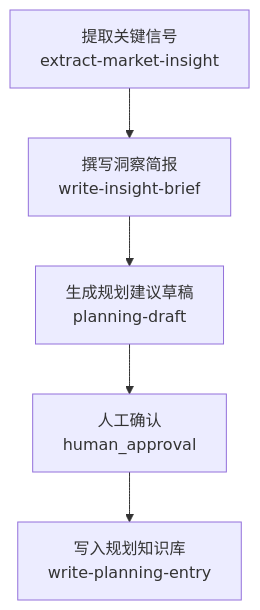
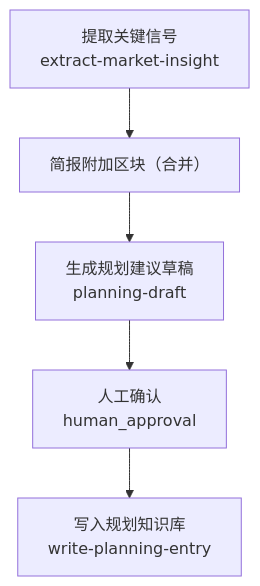
Before and after one commit to OldBoy405/AI-First-tools: the fourth of 10 diagrams in README.md, drawn with Mermaid. The commit also changed other lines of this file and 12 other files, not shown here.

````diff
--- a/README.md
+++ b/README.md
@@ -277,7 +277,7 @@
 ```mermaid
 flowchart TD
-  I1["提取关键信号<br/>extract-market-insight"] --> I2["撰写洞察简报<br/>write-insight-brief"]
+  I1["提取关键信号<br/>extract-market-insight"] --> I2["简报附加区块（合并）"]
   I2 --> I3["生成规划建议草稿<br/>planning-draft"]
   I3 --> I4["人工确认<br/>human_approval"]
   I4 --> I5["写入规划知识库<br/>write-planning-entry"]
 ```
````
